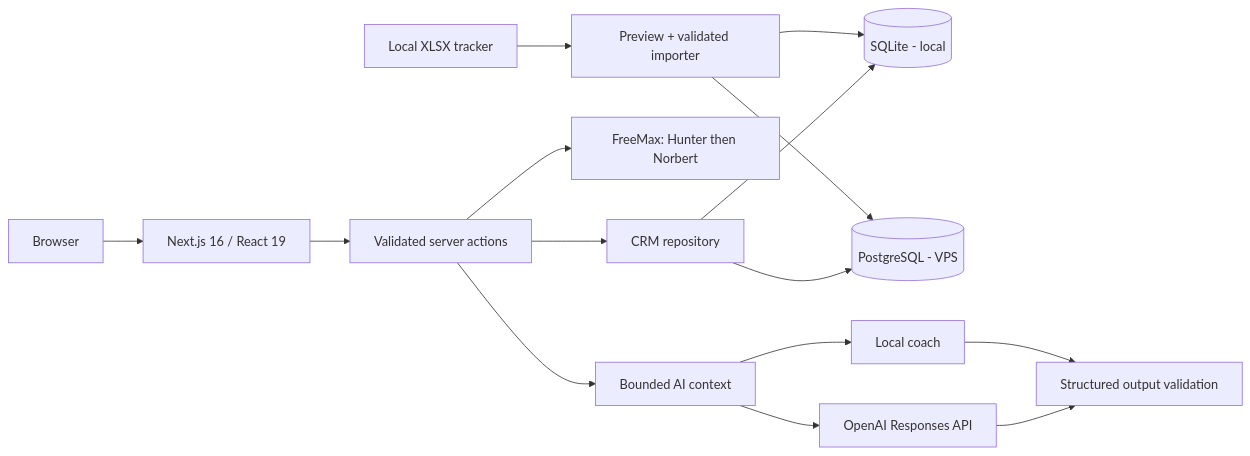
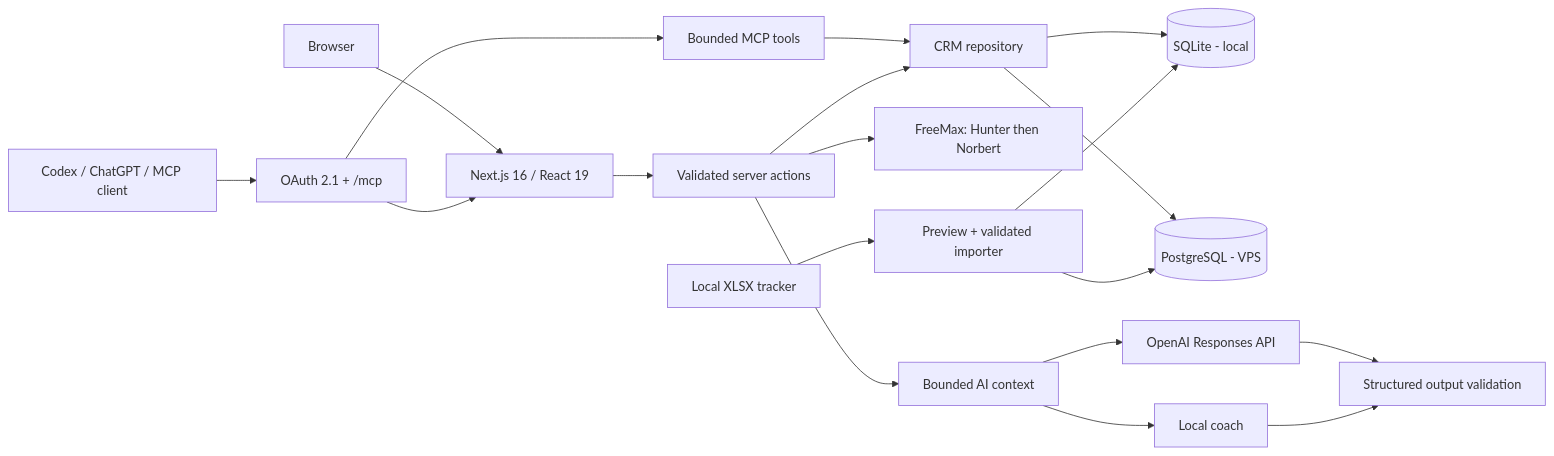
Before and after one commit to paolodit/gud-crm: the diagram in README.md, drawn with Mermaid. The commit also changed other lines of this file and 48 other files, not shown here.

````diff
--- a/README.md
+++ b/README.md
@@ -299,17 +349,21 @@
 ```mermaid
 flowchart LR
   U["Browser"] --> N["Next.js 16 / React 19"]
+  A["Codex / ChatGPT / MCP client"] --> M["OAuth 2.1 + /mcp"]
+  M --> N
   N --> S["Validated server actions"]
+  M --> T["Bounded MCP tools"]
+  T --> R
   S --> R["CRM repository"]
   R --> Q[("SQLite - local")]
   R --> P[("PostgreSQL - VPS")]
   S --> F["FreeMax: Hunter then Norbert"]
   S --> C["Bounded AI context"]
   C --> L["Local coach"]
   C --> O["OpenAI Responses API"]
   O --> V["Structured output validation"]
   L --> V
   X["Local XLSX tracker"] --> I["Preview + validated importer"]
   I --> Q
   I --> P
 ```
````
